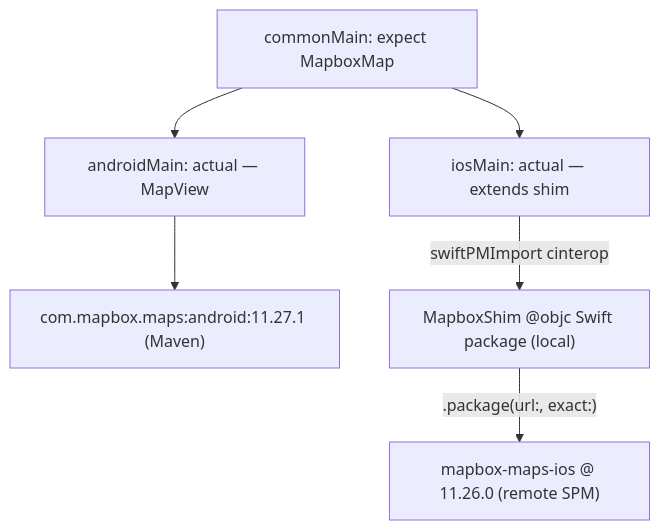
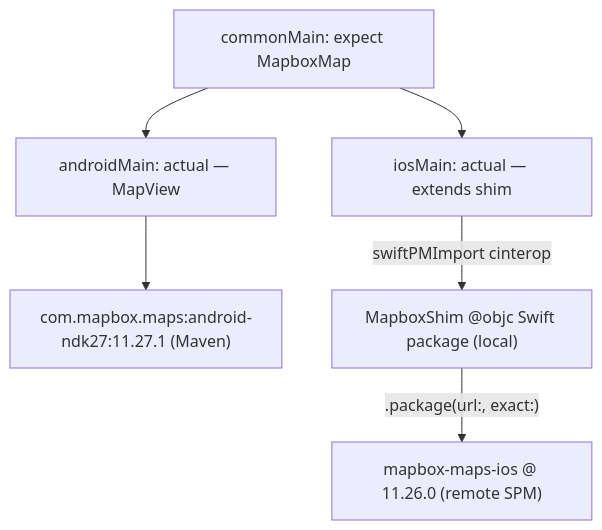
The diagram in README.md (markst/mapbox-maps-kmp), drawn with Mermaid before and after one commit. The commit also changed other lines of this file, not shown here.

Commit message:
Document Android 16KB page-size support

````diff
--- a/README.md
+++ b/README.md
@@ -11,14 +11,14 @@
 ```mermaid
 graph TD
   common["commonMain: expect MapboxMap"]
   android["androidMain: actual — MapView"]
   ios["iosMain: actual — extends shim"]
-  maven["com.mapbox.maps:android:11.27.1 (Maven)"]
+  maven["com.mapbox.maps:android-ndk27:11.27.1 (Maven)"]
   shim["MapboxShim @objc Swift package (local)"]
   sdkios["mapbox-maps-ios @ 11.26.0 (remote SPM)"]
   common --> android
   common --> ios
   android --> maven
   ios -->|"swiftPMImport cinterop"| shim
   shim -->|".package(url:, exact:)"| sdkios
 ```
````
